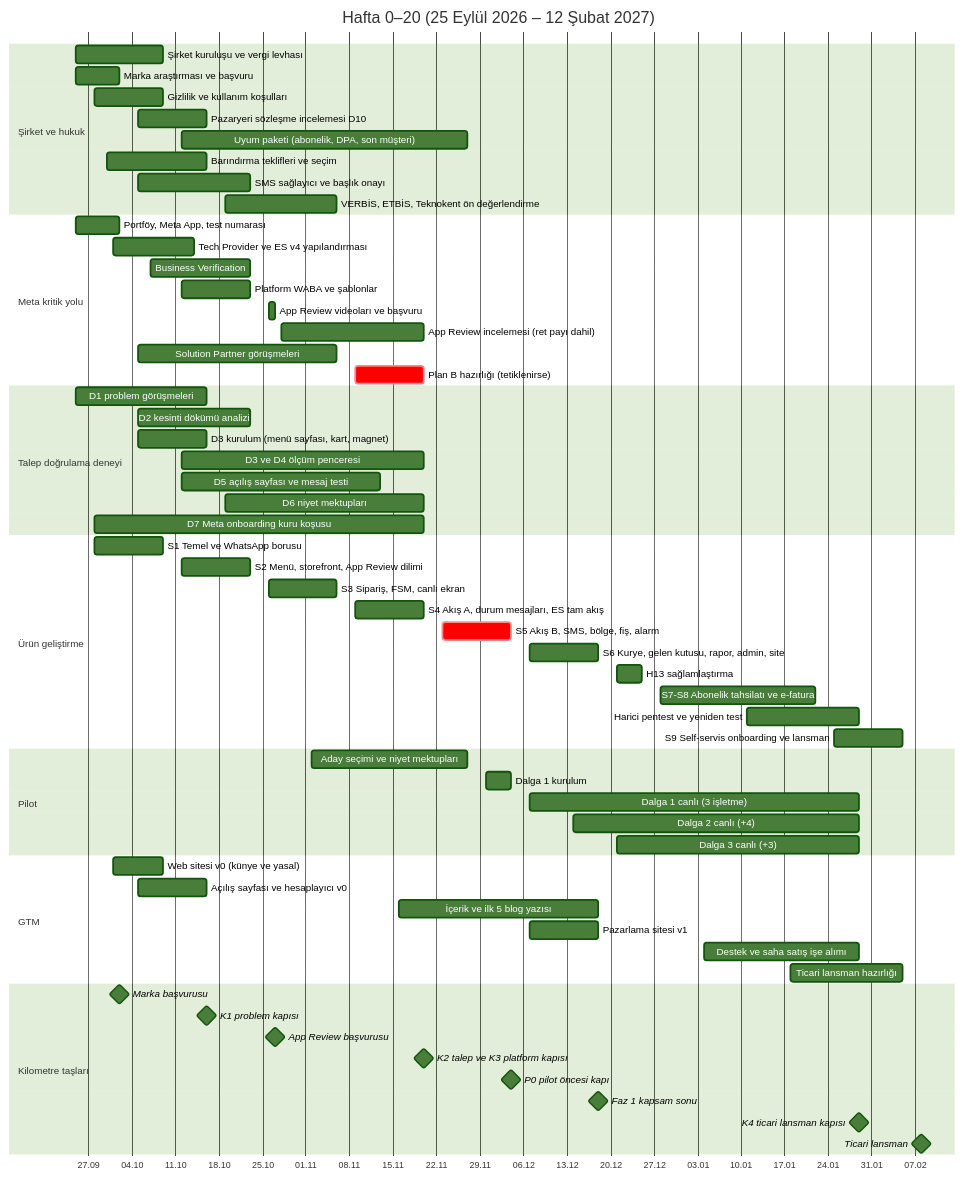
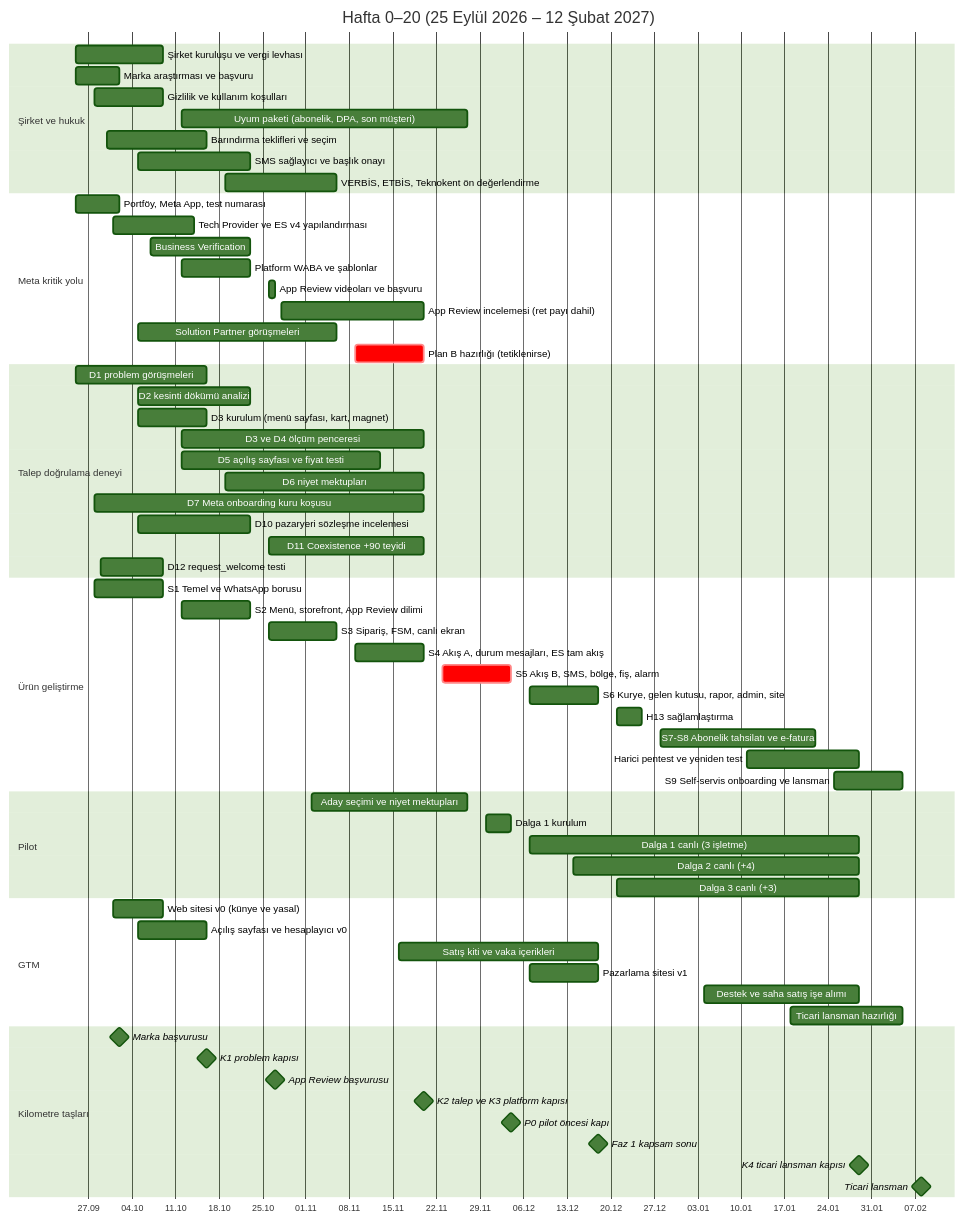
Before and after one commit to eraycaylak/siparisinonunde: the first of 3 diagrams in docs/09-yol-haritasi-ve-sprint-plani.md, drawn with Mermaid (forest theme). The commit also changed other lines of this file and 9 other files, not shown here.

````diff
--- a/docs/09-yol-haritasi-ve-sprint-plani.md
+++ b/docs/09-yol-haritasi-ve-sprint-plani.md
@@ -60,65 +60,67 @@
 ```mermaid
 gantt
     title Hafta 0–20 (25 Eylül 2026 – 12 Şubat 2027)
     dateFormat YYYY-MM-DD
     axisFormat %d.%m
     section Şirket ve hukuk
     Şirket kuruluşu ve vergi levhası          :hk1, 2026-09-25, 2026-10-09
     Marka araştırması ve başvuru               :hk2, 2026-09-25, 2026-10-02
     Gizlilik ve kullanım koşulları             :hk3, 2026-09-28, 2026-10-09
-    Pazaryeri sözleşme incelemesi D10          :hk4, 2026-10-05, 2026-10-16
     Uyum paketi (abonelik, DPA, son müşteri)   :hk5, 2026-10-12, 2026-11-27
     Barındırma teklifleri ve seçim             :hk6, 2026-09-30, 2026-10-16
     SMS sağlayıcı ve başlık onayı              :hk7, 2026-10-05, 2026-10-23
     VERBİS, ETBİS, Teknokent ön değerlendirme  :hk8, 2026-10-19, 2026-11-06
     section Meta kritik yolu
     Portföy, Meta App, test numarası           :m1, 2026-09-25, 2026-10-02
     Tech Provider ve ES v4 yapılandırması      :m2, 2026-10-01, 2026-10-14
     Business Verification                      :m3, 2026-10-07, 2026-10-23
     Platform WABA ve şablonlar                 :m4, 2026-10-12, 2026-10-23
     App Review videoları ve başvuru            :m5, 2026-10-26, 2026-10-27
     App Review incelemesi (ret payı dahil)     :m6, 2026-10-28, 2026-11-20
     Solution Partner görüşmeleri               :m7, 2026-10-05, 2026-11-06
     Plan B hazırlığı (tetiklenirse)            :crit, m8, 2026-11-09, 2026-11-20
     section Talep doğrulama deneyi
     D1 problem görüşmeleri                     :d1, 2026-09-25, 2026-10-16
     D2 kesinti dökümü analizi                  :d2, 2026-10-05, 2026-10-23
     D3 kurulum (menü sayfası, kart, magnet)    :d3a, 2026-10-05, 2026-10-16
     D3 ve D4 ölçüm penceresi                   :d3b, 2026-10-12, 2026-11-20
-    D5 açılış sayfası ve mesaj testi           :d5, 2026-10-12, 2026-11-13
+    D5 açılış sayfası ve fiyat testi           :d5, 2026-10-12, 2026-11-13
     D6 niyet mektupları                        :d6, 2026-10-19, 2026-11-20
     D7 Meta onboarding kuru koşusu             :d7, 2026-09-28, 2026-11-20
+    D10 pazaryeri sözleşme incelemesi          :d10, 2026-10-05, 2026-10-23
+    D11 Coexistence +90 teyidi                 :d11, 2026-10-26, 2026-11-20
+    D12 request_welcome testi                  :d12, 2026-09-29, 2026-10-09
     section Ürün geliştirme
     S1 Temel ve WhatsApp borusu                :s1, 2026-09-28, 2026-10-09
     S2 Menü, storefront, App Review dilimi     :s2, 2026-10-12, 2026-10-23
     S3 Sipariş, FSM, canlı ekran               :s3, 2026-10-26, 2026-11-06
     S4 Akış A, durum mesajları, ES tam akış    :s4, 2026-11-09, 2026-11-20
     S5 Akış B, SMS, bölge, fiş, alarm          :crit, s5, 2026-11-23, 2026-12-04
     S6 Kurye, gelen kutusu, rapor, admin, site :s6, 2026-12-07, 2026-12-18
     H13 sağlamlaştırma                         :s6b, 2026-12-21, 2026-12-25
     S7-S8 Abonelik tahsilatı ve e-fatura       :s7, 2026-12-28, 2027-01-22
     Harici pentest ve yeniden test             :s8, 2027-01-11, 2027-01-29
     S9 Self-servis onboarding ve lansman       :s9, 2027-01-25, 2027-02-05
     section Pilot
     Aday seçimi ve niyet mektupları            :p1, 2026-11-02, 2026-11-27
     Dalga 1 kurulum                            :p2, 2026-11-30, 2026-12-04
     Dalga 1 canlı (3 işletme)                  :p3, 2026-12-07, 2027-01-29
     Dalga 2 canlı (+4)                         :p4, 2026-12-14, 2027-01-29
     Dalga 3 canlı (+3)                         :p5, 2026-12-21, 2027-01-29
     section GTM
     Web sitesi v0 (künye ve yasal)             :g1, 2026-10-01, 2026-10-09
     Açılış sayfası ve hesaplayıcı v0           :g2, 2026-10-05, 2026-10-16
-    İçerik ve ilk 5 blog yazısı                :g3, 2026-11-16, 2026-12-18
+    Satış kiti ve vaka içerikleri              :g3, 2026-11-16, 2026-12-18
     Pazarlama sitesi v1                        :g4, 2026-12-07, 2026-12-18
     Destek ve saha satış işe alımı             :g5, 2027-01-04, 2027-01-29
     Ticari lansman hazırlığı                   :g6, 2027-01-18, 2027-02-05
     section Kilometre taşları
     Marka başvurusu                            :milestone, k0, 2026-10-02, 0d
     K1 problem kapısı                          :milestone, k1, 2026-10-16, 0d
     App Review başvurusu                       :milestone, k1b, 2026-10-27, 0d
     K2 talep ve K3 platform kapısı             :milestone, k2, 2026-11-20, 0d
     P0 pilot öncesi kapı                       :milestone, k3, 2026-12-04, 0d
     Faz 1 kapsam sonu                          :milestone, k4, 2026-12-18, 0d
     K4 ticari lansman kapısı                   :milestone, k5, 2027-01-29, 0d
     Ticari lansman                             :milestone, k6, 2027-02-08, 0d
 ```
````
